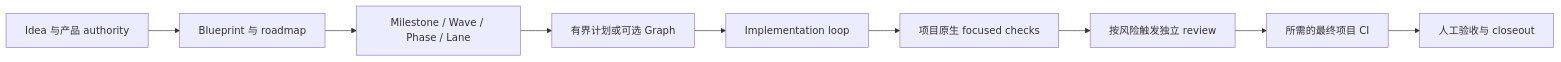
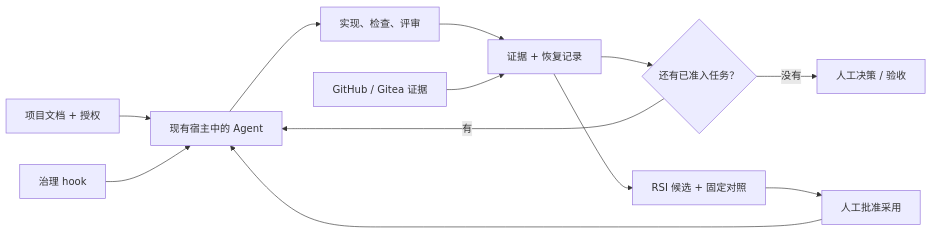
The diagram in README.zh-CN.md (JoeKeepGo/SAGE-Kit), drawn with Mermaid before and after one commit. The commit also changed other lines of this file and 1 other file, not shown here.

````diff
--- a/README.zh-CN.md
+++ b/README.zh-CN.md
@@ -32,11 +27,14 @@
 ```mermaid
 flowchart LR
-  A["Idea 与产品 authority"] --> B["Blueprint 与 roadmap"]
-  B --> C["Milestone / Wave / Phase / Lane"]
-  C --> D["有界计划或可选 Graph"]
-  D --> E["Implementation loop"]
-  E --> F["项目原生 focused checks"]
-  F --> G["按风险触发独立 review"]
-  G --> H["所需的最终项目 CI"]
-  H --> I["人工验收与 closeout"]
+  D["项目文档 + 授权"] --> A["现有宿主中的 Agent"]
+  H["治理 hook"] --> A
+  A --> W["实现、检查、评审"]
+  W --> E["证据 + 恢复记录"]
+  F["GitHub / Gitea 证据"] --> E
+  E --> N{"还有已准入任务？"}
+  N -->|有| A
+  N -->|没有| U["人工决策 / 验收"]
+  E --> R["RSI 候选 + 固定对照"]
+  R --> P["人工批准采用"]
+  P --> A
 ```
````
